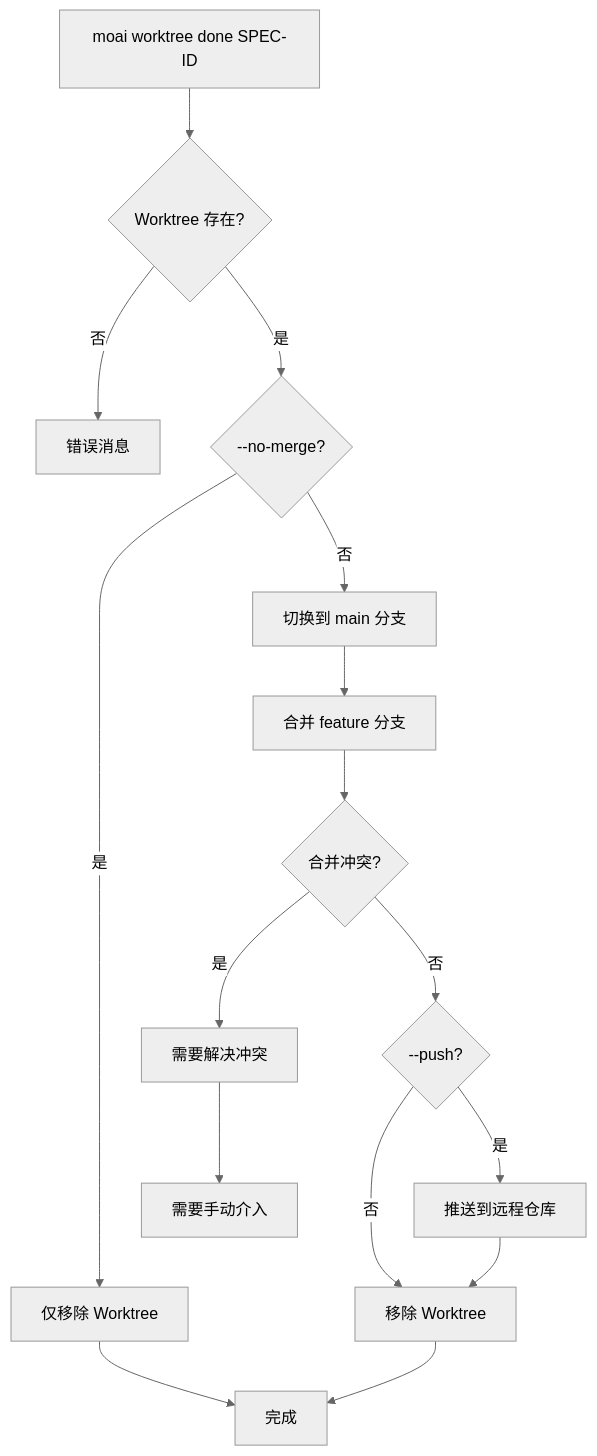
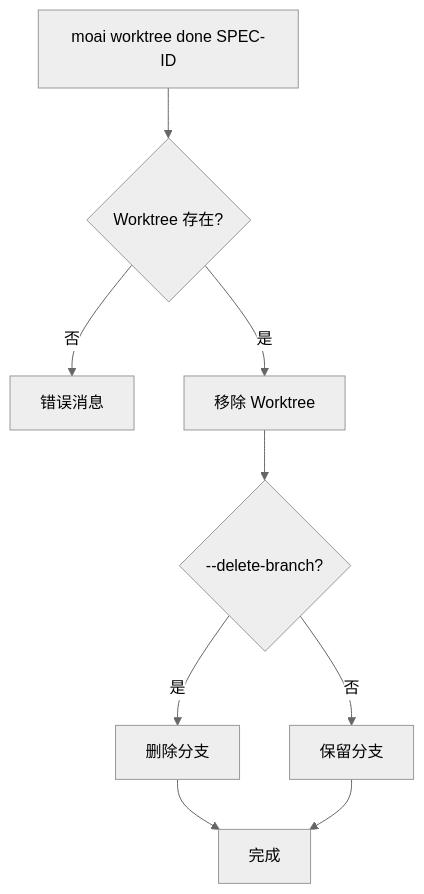
The fourth of 10 diagrams in docs-site/content/zh/worktree/guide.md (modu-ai/moai-adk), drawn with Mermaid (neutral theme) before and after one commit. The commit also changed other lines of this file and 180 other files, not shown here.

````diff
--- a/docs-site/content/zh/worktree/guide.md
+++ b/docs-site/content/zh/worktree/guide.md
@@ -226,18 +221,11 @@
 ```mermaid
 flowchart TD
     A[moai worktree done SPEC-ID] --> B{Worktree 存在?}
     B -->|否| C[错误消息]
-    B -->|是| D{--no-merge?}
-    D -->|是| E[仅移除 Worktree]
-    D -->|否| F[切换到 main 分支]
-    F --> G[合并 feature 分支]
-    G --> H{合并冲突?}
-    H -->|是| I[需要解决冲突]
-    H -->|否| J{--push?}
-    J -->|是| K[推送到远程仓库]
-    J -->|否| L[移除 Worktree]
-    K --> L
-    E --> M[完成]
-    L --> M
-    I --> N[需要手动介入]
+    B -->|是| D[移除 Worktree]
+    D --> E{--delete-branch?}
+    E -->|是| F[删除分支]
+    E -->|否| G[保留分支]
+    F --> H[完成]
+    G --> H[完成]
 ```
````
